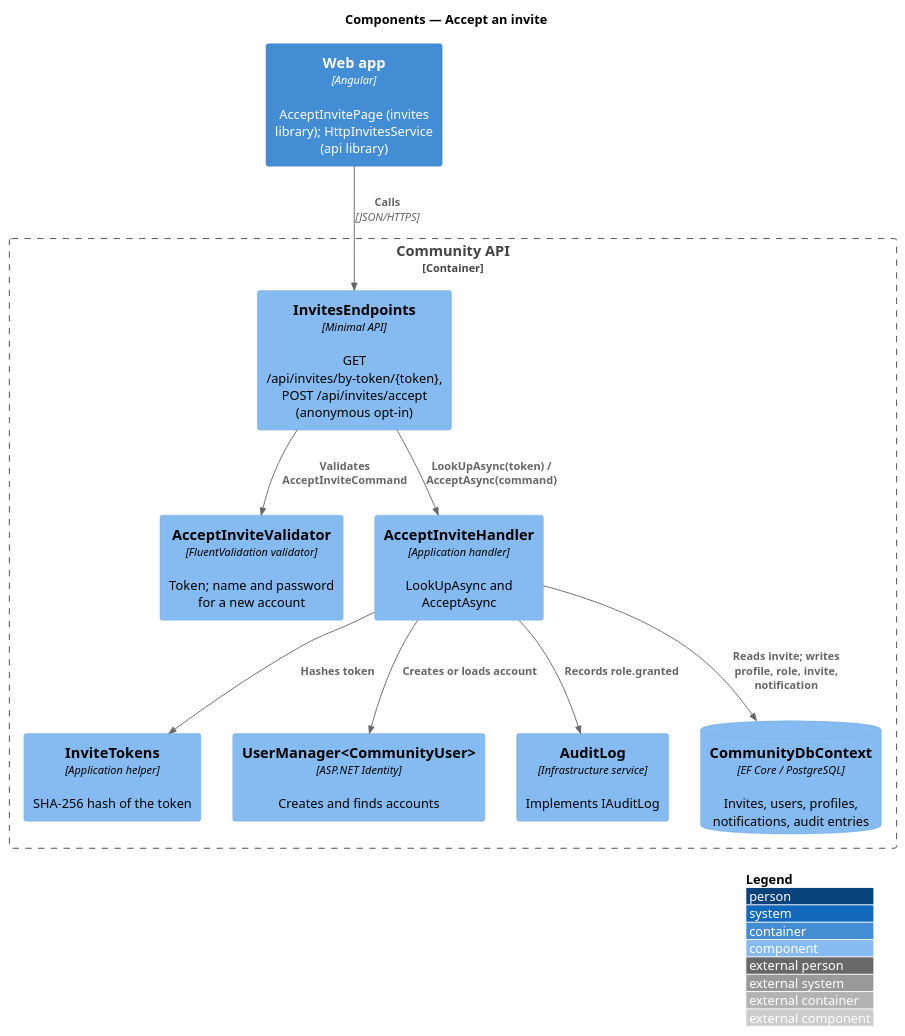
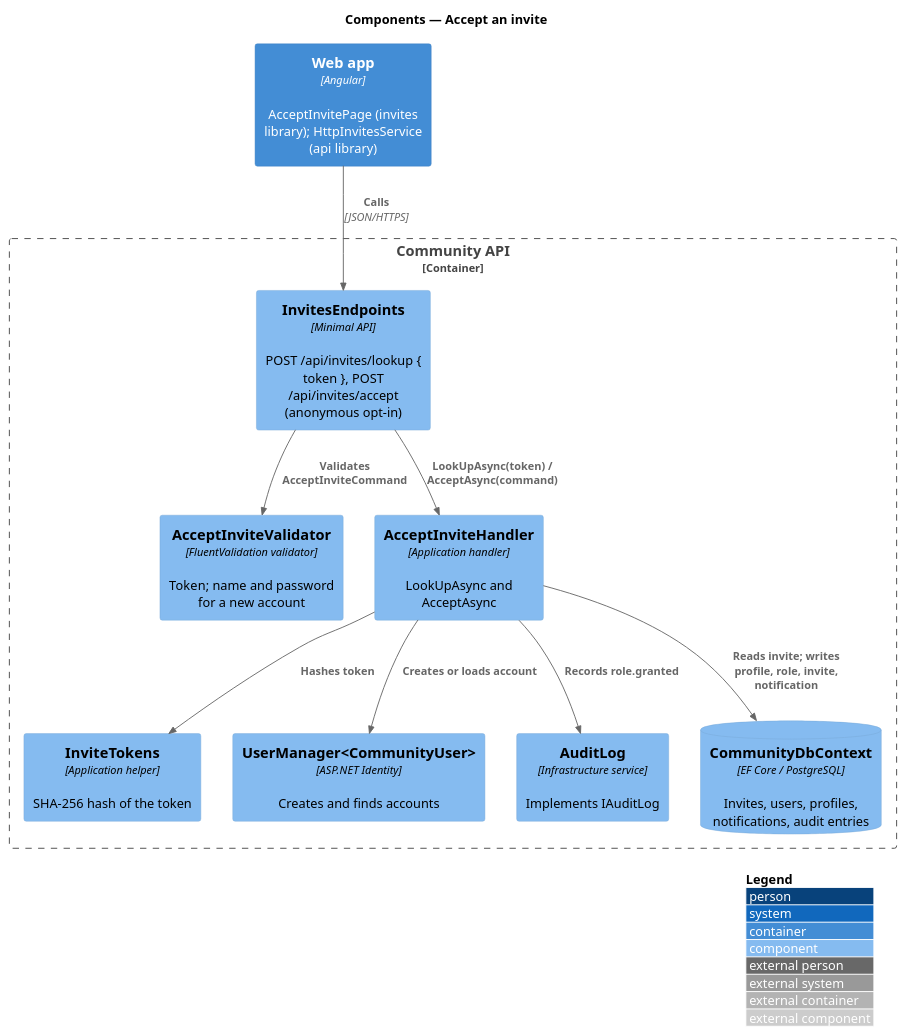
Before and after one commit to QuinntyneBrown/faithtech-community: the diagram in docs/detailed-designs/invites/accept-invite/diagrams/c4-component.puml, drawn with PlantUML. The commit also changed 19 other files, not shown here.

```diff
--- a/docs/detailed-designs/invites/accept-invite/diagrams/c4-component.puml
+++ b/docs/detailed-designs/invites/accept-invite/diagrams/c4-component.puml
@@ -1,23 +1,23 @@
 @startuml
 !include <C4/C4_Component>
 LAYOUT_WITH_LEGEND()
 title Components — Accept an invite
 
 Container(spa, "Web app", "Angular", "AcceptInvitePage (invites library); HttpInvitesService (api library)")
 Container_Boundary(api, "Community API") {
-  Component(ep, "InvitesEndpoints", "Minimal API", "GET /api/invites/by-token/{token}, POST /api/invites/accept (anonymous opt-in)")
+  Component(ep, "InvitesEndpoints", "Minimal API", "POST /api/invites/lookup { token }, POST /api/invites/accept (anonymous opt-in)")
   Component(val, "AcceptInviteValidator", "FluentValidation validator", "Token; name and password for a new account")
   Component(ah, "AcceptInviteHandler", "Application handler", "LookUpAsync and AcceptAsync")
   Component(tok, "InviteTokens", "Application helper", "SHA-256 hash of the token")
   Component(um, "UserManager<CommunityUser>", "ASP.NET Identity", "Creates and finds accounts")
   Component(audit, "AuditLog", "Infrastructure service", "Implements IAuditLog")
   ComponentDb(db, "CommunityDbContext", "EF Core / PostgreSQL", "Invites, users, profiles, notifications, audit entries")
 }
 Rel(spa, ep, "Calls", "JSON/HTTPS")
 Rel(ep, val, "Validates AcceptInviteCommand")
 Rel(ep, ah, "LookUpAsync(token) / AcceptAsync(command)")
 Rel(ah, tok, "Hashes token")
 Rel(ah, um, "Creates or loads account")
 Rel(ah, audit, "Records role.granted")
 Rel(ah, db, "Reads invite; writes profile, role, invite, notification")
 @enduml
```
